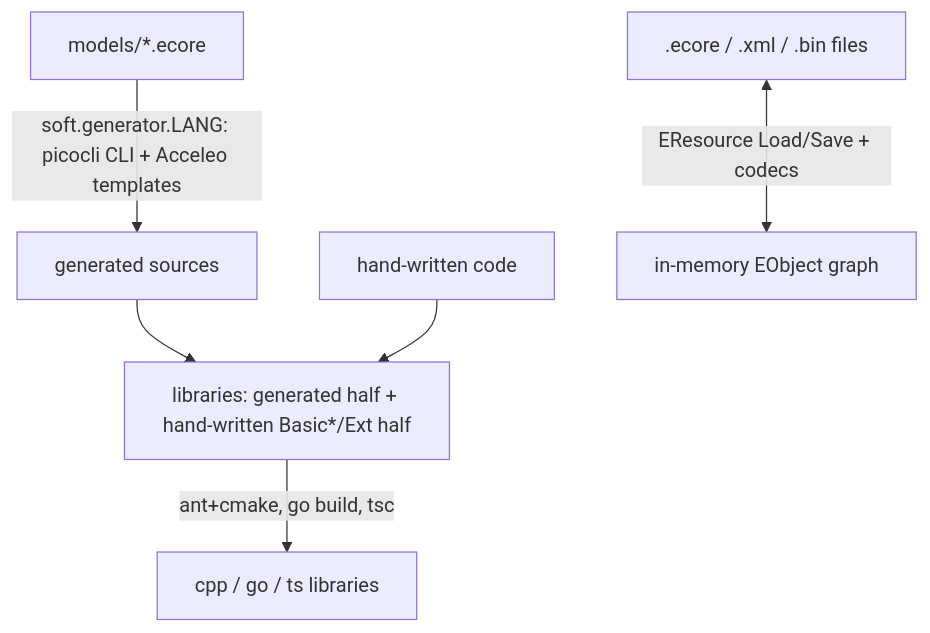
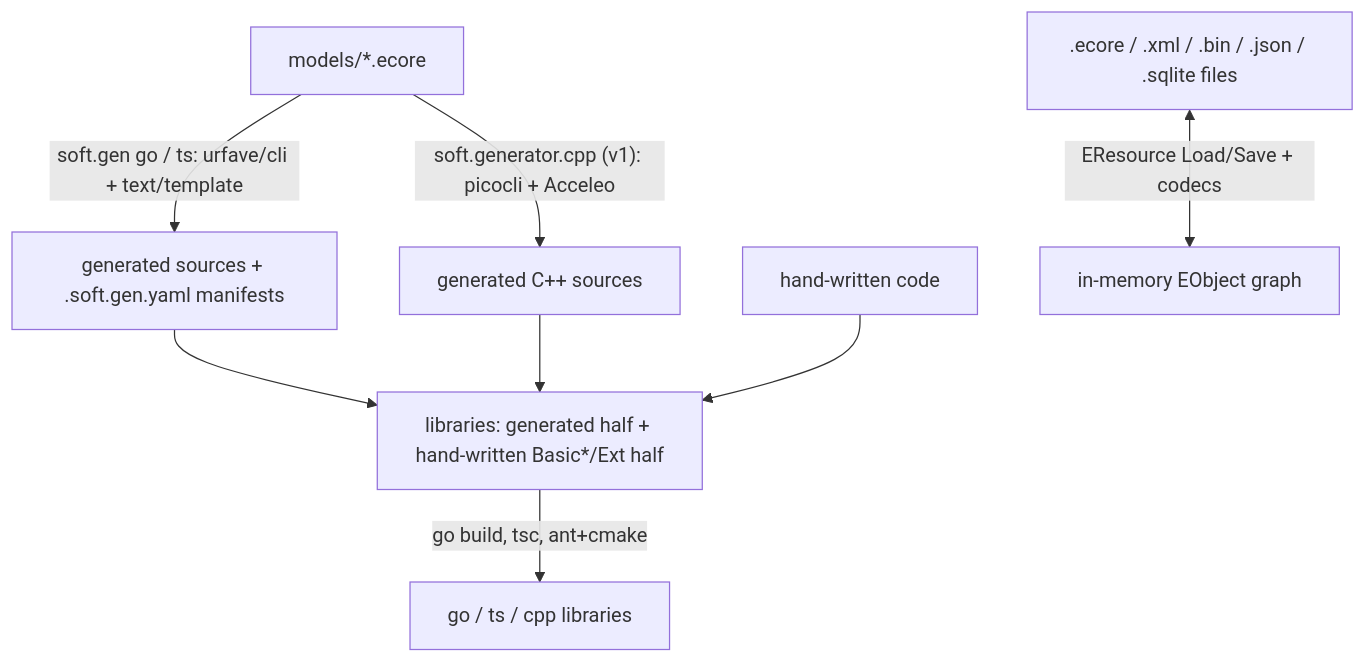
Before and after one commit to masagroup/soft: the second of 6 diagrams in ARCHITECTURE.md, drawn with Mermaid. The commit also changed other lines of this file and 1 other file, not shown here.

First line of the commit message:
docs: update ARCHITECTURE and CONTRIBUTING for soft.gen v2 and the new submodules

````diff
--- a/ARCHITECTURE.md
+++ b/ARCHITECTURE.md
@@ -66,8 +70,10 @@
 ```mermaid
 flowchart TD
-    M["models/*.ecore"] -->|"soft.generator.LANG: picocli CLI + Acceleo templates"| G["generated sources"]
+    M["models/*.ecore"] -->|"soft.gen go / ts: urfave/cli + text/template"| G["generated sources + .soft.gen.yaml manifests"]
+    M -->|"soft.generator.cpp (v1): picocli + Acceleo"| GC["generated C++ sources"]
     G --> L["libraries: generated half + hand-written Basic*/Ext half"]
+    GC --> L
     H["hand-written code"] --> L
-    L -->|"ant+cmake, go build, tsc"| B["cpp / go / ts libraries"]
-    F[".ecore / .xml / .bin files"] <-->|"EResource Load/Save + codecs"| O["in-memory EObject graph"]
+    L -->|"go build, tsc, ant+cmake"| B["go / ts / cpp libraries"]
+    F[".ecore / .xml / .bin / .json / .sqlite files"] <-->|"EResource Load/Save + codecs"| O["in-memory EObject graph"]
 ```
````
